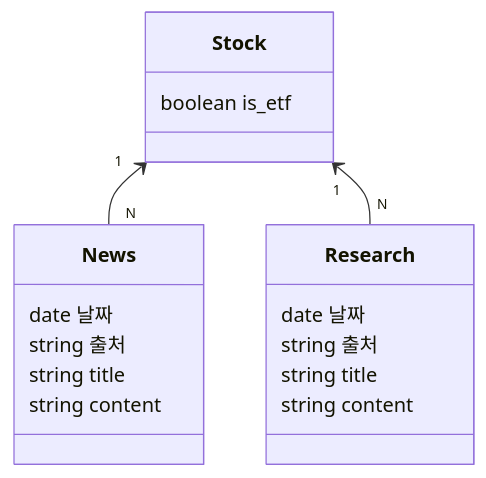
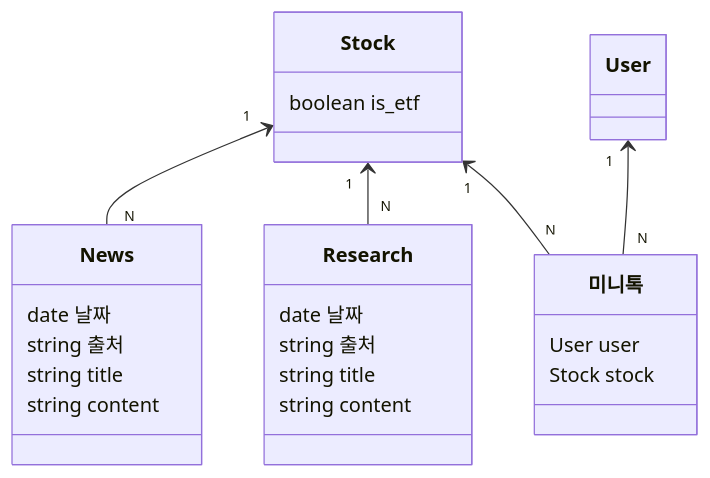
The third of 3 diagrams in backend/diagram.md (ony3000/my-stock), drawn with Mermaid before and after one commit. The commit also changed other lines of this file, not shown here.

````diff
--- a/backend/diagram.md
+++ b/backend/diagram.md
@@ -133,22 +166,29 @@
 ```mermaid
 classDiagram
   class Stock {
     boolean is_etf
   }
 
   class News {
     date 날짜
     string 출처
     string title
     string content
   }
   Stock "1" <-- "N" News
 
   class Research {
     date 날짜
     string 출처
     string title
     string content
   }
   Stock "1" <-- "N" Research
+
+  class 미니톡 {
+    User user
+    Stock stock
+  }
+  User "1" <-- "N" 미니톡
+  Stock "1" <-- "N" 미니톡
 ```
````
